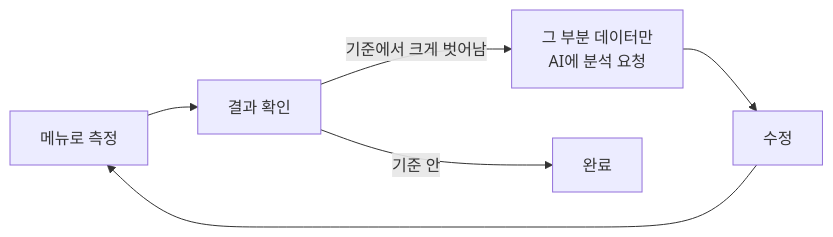
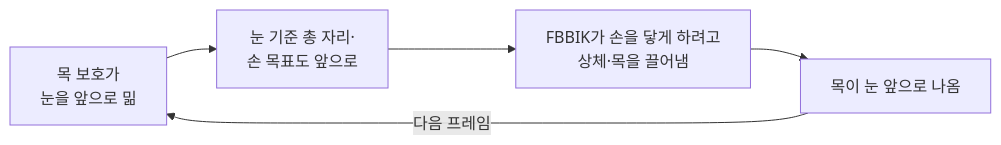
Before and after one commit to krr6606/krr6606.github.io: the second of 2 diagrams in src/3-hive-purge/기술문서.md, drawn with Mermaid. The commit also changed other lines of this file and 2 other files, not shown here.

````diff
--- a/src/3-hive-purge/기술문서.md
+++ b/src/3-hive-purge/기술문서.md
@@ -134,8 +138,7 @@
 ```mermaid
 flowchart LR
-    A["메뉴로 측정"] --> B["결과 확인"]
-    B -->|"기준에서 크게 벗어남"| C["그 부분 데이터만<br/>AI에 분석 요청"]
-    C --> D["수정"]
-    D --> A
-    B -->|"기준 안"| E["완료"]
+    A["목 보호가<br/>눈을 앞으로 밂"] --> B["눈 기준 총 자리·<br/>손 목표도 앞으로"]
+    B --> C["FBBIK가 손을 닿게 하려고<br/>상체·목을 끌어냄"]
+    C --> D["목이 눈 앞으로 나옴"]
+    D -->|"다음 프레임"| A
 ```
````
